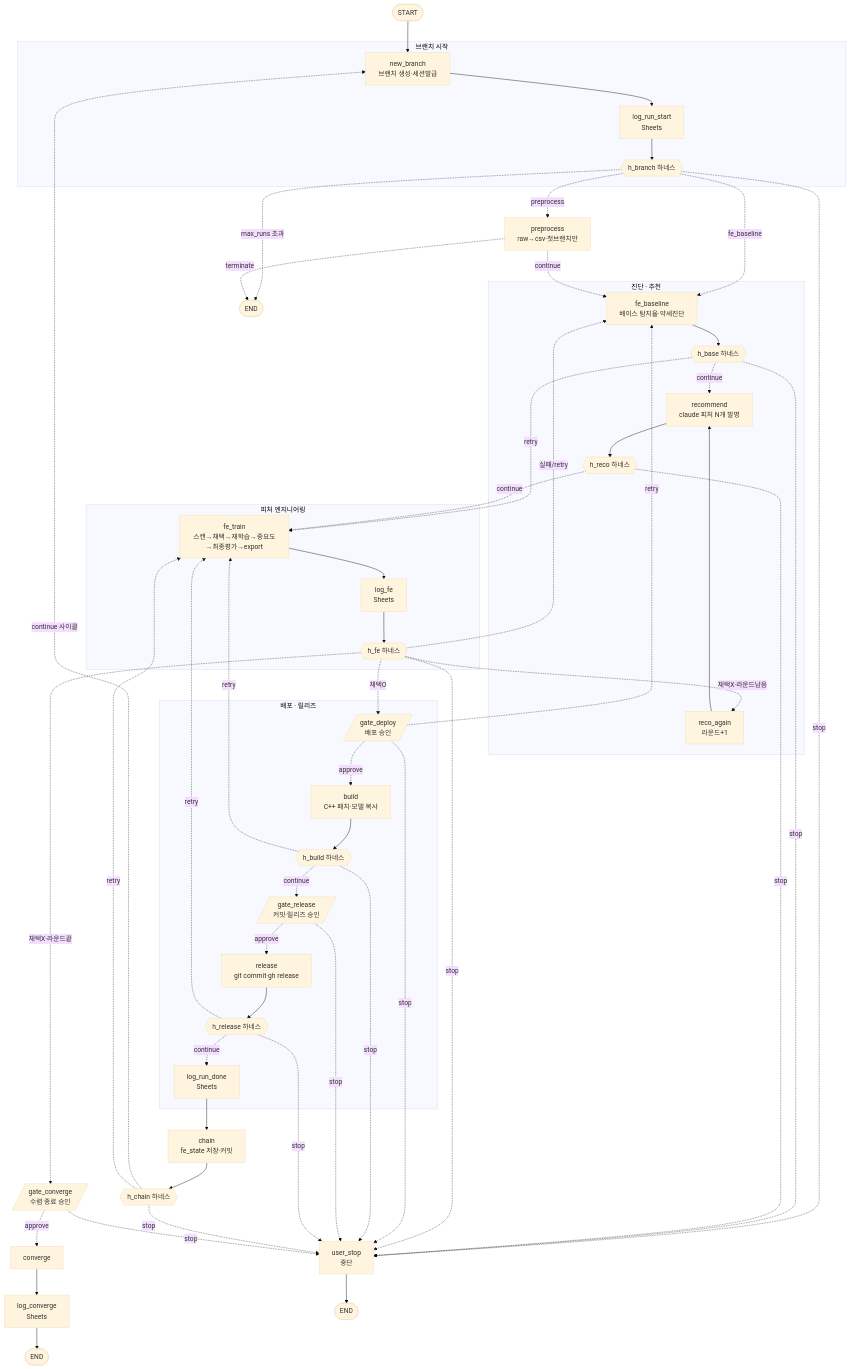
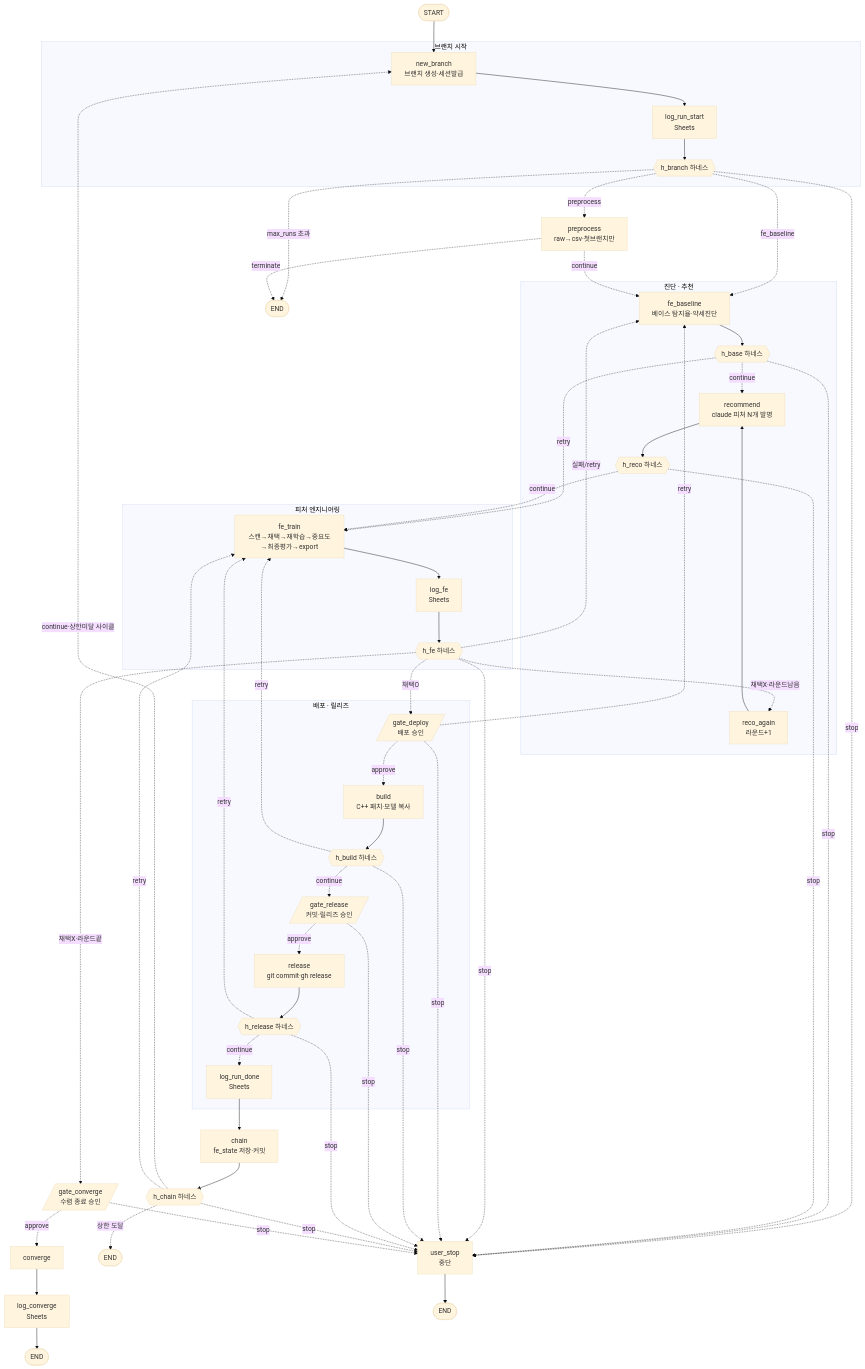
The first of 2 diagrams in ml/PIPELINE.md (JB-Pirate-King/JB-Pirate-King), drawn with Mermaid (base theme) before and after one commit. The commit also changed other lines of this file and 2 other files, not shown here.

Commit message:
fix(orchestrator): guard max_runs before chaining (no wasted empty branch)
route_after_chain checks iters >= max_runs before new_branch, so the chain
no longer creates an empty next branch only to END right after. h_chain now
also routes to END on cap. Update PIPELINE.md mermaids + rendered PNG.

````diff
--- a/ml/PIPELINE.md
+++ b/ml/PIPELINE.md
@@ -94,65 +94,66 @@
 ```mermaid
 flowchart TD
     START([START]) --> new_branch
 
     subgraph BRANCH_INIT[브랜치 시작]
         new_branch[new_branch<br/>브랜치 생성·세션발급] --> log_run_start[log_run_start<br/>Sheets]
         log_run_start --> h_branch{{h_branch 하네스}}
     end
 
     h_branch -.->|preprocess| preprocess[preprocess<br/>raw→csv·첫브랜치만]
     h_branch -.->|fe_baseline| fe_baseline
     h_branch -.->|stop| user_stop
     h_branch -.->|max_runs 초과| END1([END])
     preprocess -.->|continue| fe_baseline
     preprocess -.->|terminate| END1
 
     subgraph DIAGNOSE_RECO[진단 · 추천]
         fe_baseline[fe_baseline<br/>베이스 탐지율·약세진단] --> h_base{{h_base 하네스}}
         h_base -.->|continue| recommend[recommend<br/>claude 피처 N개 발명]
         recommend --> h_reco{{h_reco 하네스}}
         reco_again[reco_again<br/>라운드+1] --> recommend
     end
     h_base -.->|retry| fe_train
     h_base -.->|stop| user_stop
     h_reco -.->|continue| fe_train
     h_reco -.->|stop| user_stop
 
     subgraph FE[피처 엔지니어링]
         fe_train[fe_train<br/>스캔→채택→재학습→중요도→최종평가→export] --> log_fe[log_fe<br/>Sheets]
         log_fe --> h_fe{{h_fe 하네스}}
     end
 
     h_fe -.->|채택O| gate_deploy
     h_fe -.->|채택X·라운드남음| reco_again
     h_fe -.->|채택X·라운드끝| gate_converge
     h_fe -.->|실패/retry| fe_baseline
     h_fe -.->|stop| user_stop
 
     subgraph DEPLOY[배포 · 릴리즈]
         gate_deploy[/gate_deploy<br/>배포 승인/] -.->|approve| build[build<br/>C++ 패치·모델 복사]
         build --> h_build{{h_build 하네스}}
         h_build -.->|continue| gate_release[/gate_release<br/>커밋·릴리즈 승인/]
         gate_release -.->|approve| release[release<br/>git commit·gh release]
         release --> h_release{{h_release 하네스}}
         h_release -.->|continue| log_run_done[log_run_done<br/>Sheets]
     end
     gate_deploy -.->|retry| fe_baseline
     gate_deploy -.->|stop| user_stop
     h_build -.->|retry| fe_train
     h_build -.->|stop| user_stop
     gate_release -.->|stop| user_stop
     h_release -.->|retry| fe_train
     h_release -.->|stop| user_stop
 
     log_run_done --> chain[chain<br/>fe_state 저장·커밋]
     chain --> h_chain{{h_chain 하네스}}
-    h_chain -.->|continue 사이클| new_branch
+    h_chain -.->|continue·상한미달 사이클| new_branch
+    h_chain -.->|상한 도달| END4([END])
     h_chain -.->|retry| fe_train
     h_chain -.->|stop| user_stop
 
     gate_converge[/gate_converge<br/>수렴 종료 승인/] -.->|approve| converge[converge]
     gate_converge -.->|stop| user_stop
     converge --> log_converge[log_converge<br/>Sheets] --> END2([END])
     user_stop[user_stop<br/>중단] --> END3([END])
 ```
````
